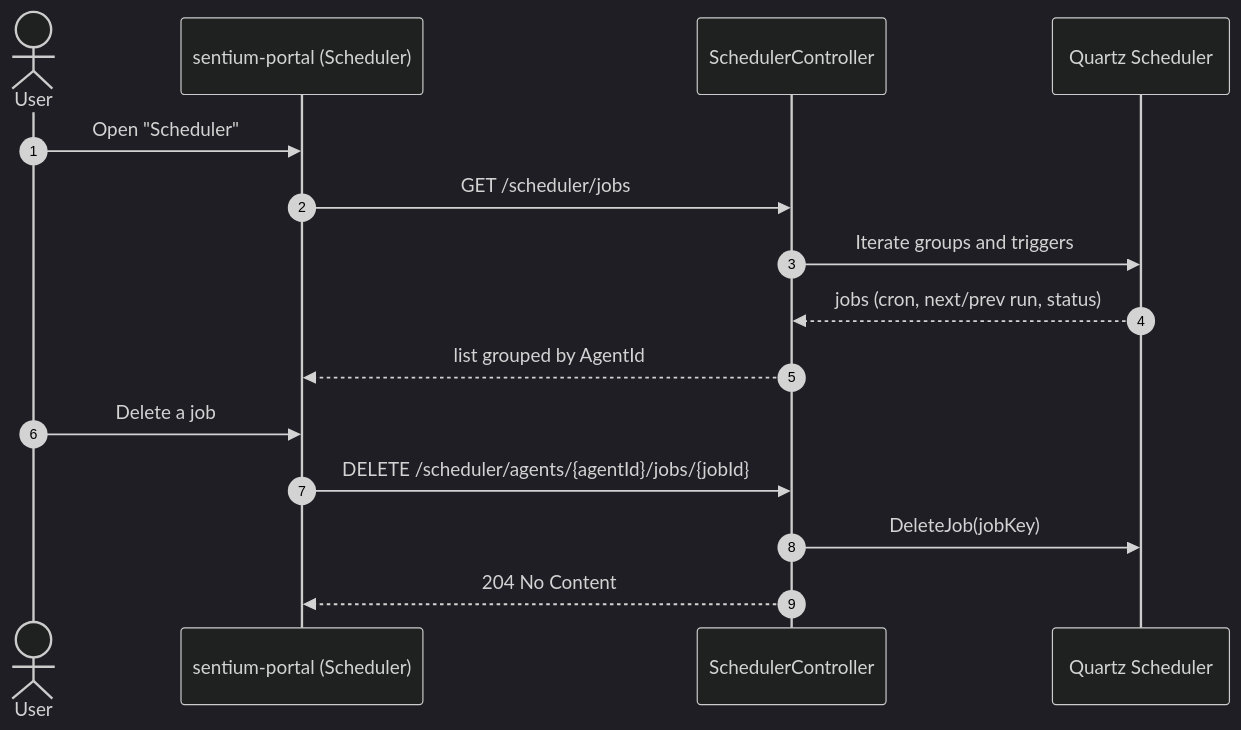
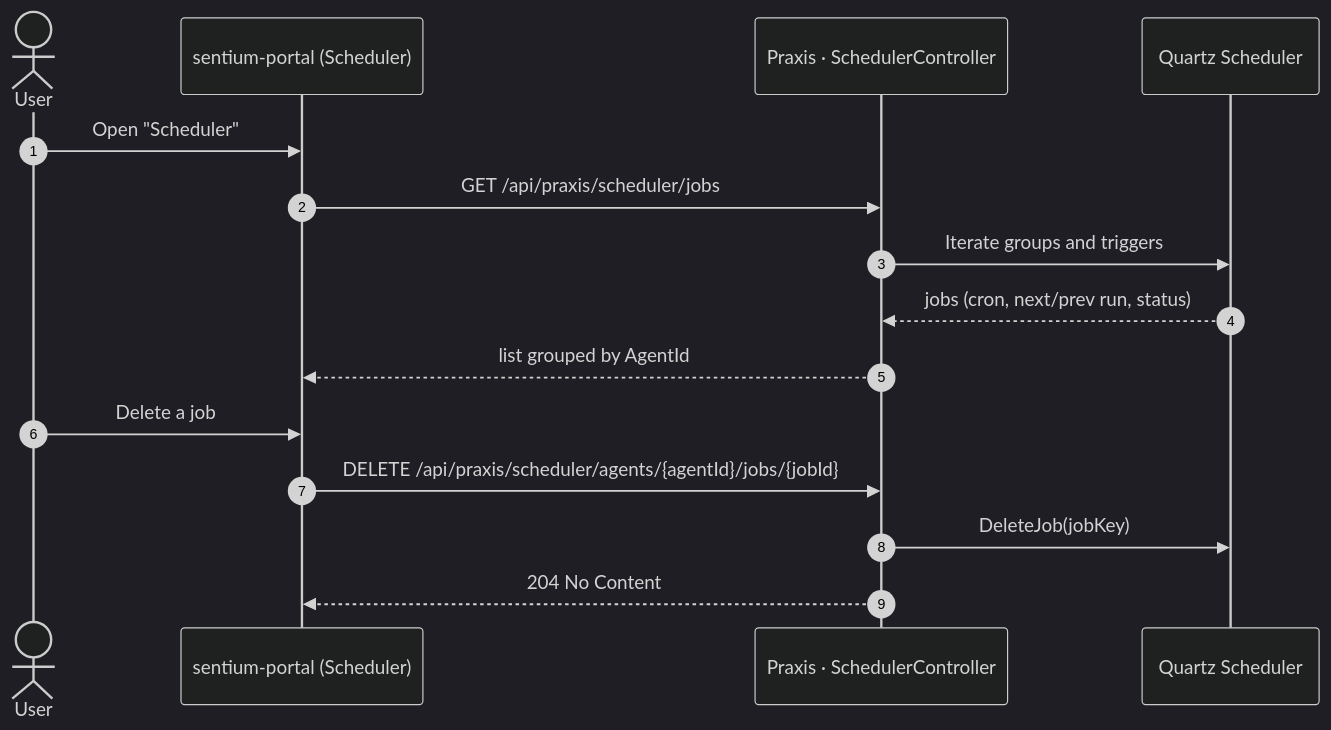
Before and after one commit to mihailshterev/sentium: the diagram in docs/diagrams/scheduling-3-job-management.md, drawn with Mermaid (dark theme). The commit also changed 99 other files, not shown here.

````diff
--- a/docs/diagrams/scheduling-3-job-management.md
+++ b/docs/diagrams/scheduling-3-job-management.md
@@ -1,18 +1,18 @@
 ```mermaid
 sequenceDiagram
     autonumber
     actor U as User
     participant FE as sentium-portal (Scheduler)
-    participant SC as SchedulerController
+    participant SC as Praxis · SchedulerController
     participant SCH as Quartz Scheduler
 
     U->>FE: Open "Scheduler"
-    FE->>SC: GET /scheduler/jobs
+    FE->>SC: GET /api/praxis/scheduler/jobs
     SC->>SCH: Iterate groups and triggers
     SCH-->>SC: jobs (cron, next/prev run, status)
     SC-->>FE: list grouped by AgentId
     U->>FE: Delete a job
-    FE->>SC: DELETE /scheduler/agents/{agentId}/jobs/{jobId}
+    FE->>SC: DELETE /api/praxis/scheduler/agents/{agentId}/jobs/{jobId}
     SC->>SCH: DeleteJob(jobKey)
     SC-->>FE: 204 No Content
 ```
````
